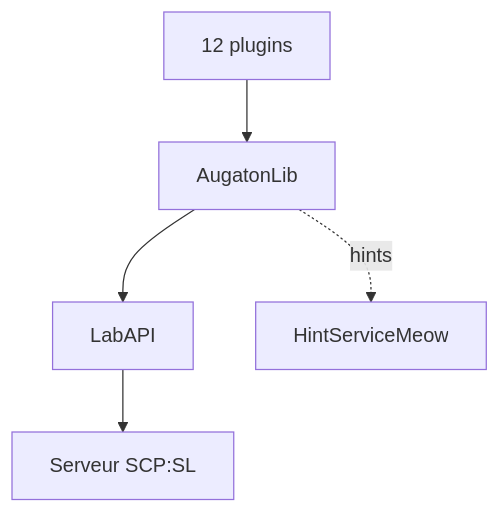
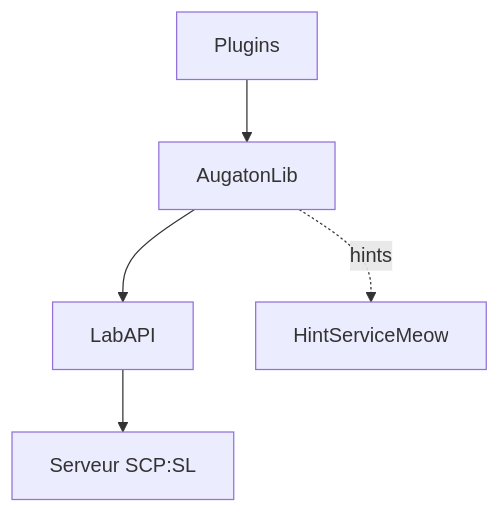
The diagram in README.md (Augaton/augatonscpslplugin), drawn with Mermaid before and after one commit. The commit also changed other lines of this file and 2 other files, not shown here.

Commit message:
Documente la compatibilite et les nouveaux plugins

````diff
--- a/README.md
+++ b/README.md
@@ -151,7 +157,7 @@
 ```mermaid
 flowchart TD
-    P["12 plugins"] --> A["AugatonLib"]
+    P["Plugins"] --> A["AugatonLib"]
     A --> L["LabAPI"]
     A -. hints .-> H["HintServiceMeow"]
     L --> G["Serveur SCP:SL"]
 ```
````
